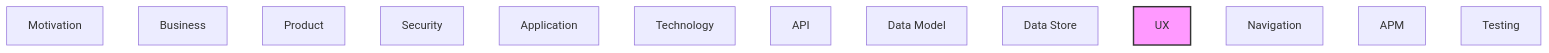
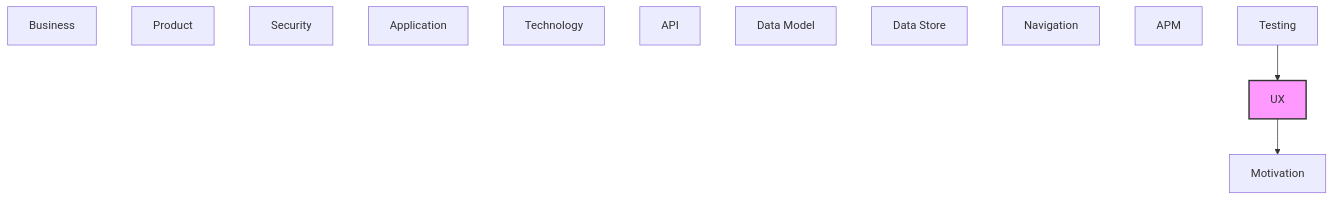
The diagram in documentation-robotics/reports/10-ux-layer-report.md (tinkermonkey/heimdall), drawn with Mermaid before and after one commit. The commit also changed other lines of this file and 41 other files, not shown here.

````diff
--- a/documentation-robotics/reports/10-ux-layer-report.md
+++ b/documentation-robotics/reports/10-ux-layer-report.md
@@ -69,18 +160,20 @@
 ```mermaid
 flowchart TB
   classDef current fill:#f9f,stroke:#333,stroke-width:2px
   motivation["Motivation"]
   business["Business"]
   product["Product"]
   security["Security"]
   application["Application"]
   technology["Technology"]
   api["API"]
   data_model["Data Model"]
   data_store["Data Store"]
   ux["UX"]
   navigation["Navigation"]
   apm["APM"]
   testing["Testing"]
+  testing --> ux
+  ux --> motivation
   class ux current
 ```
````
